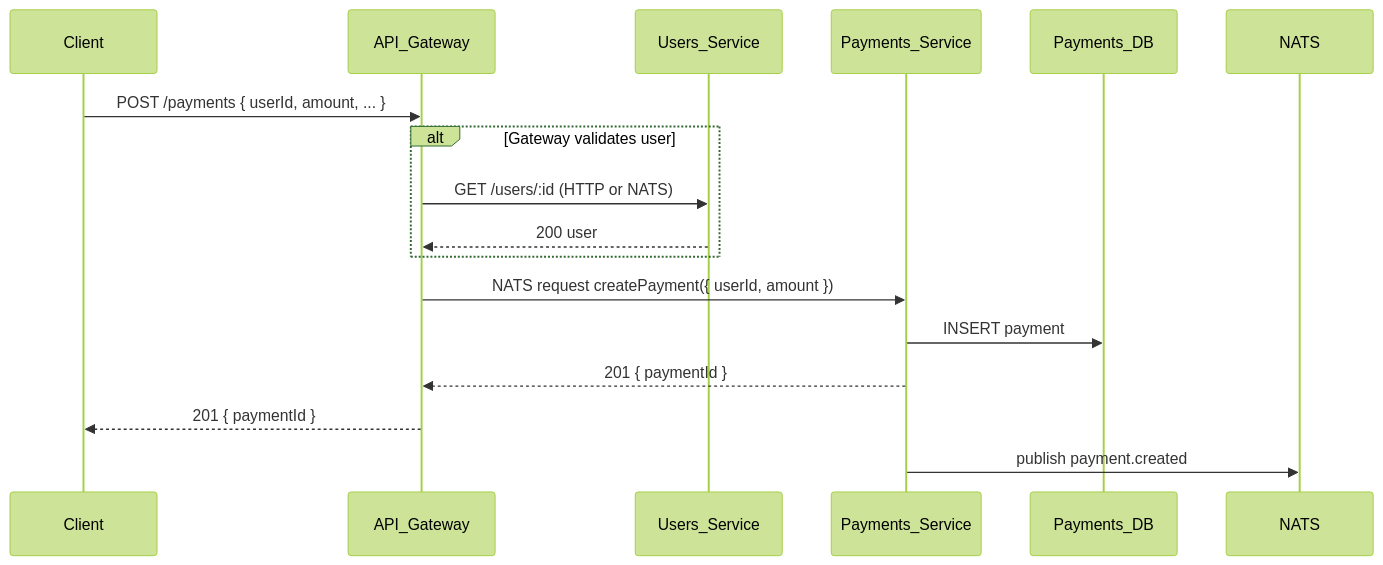
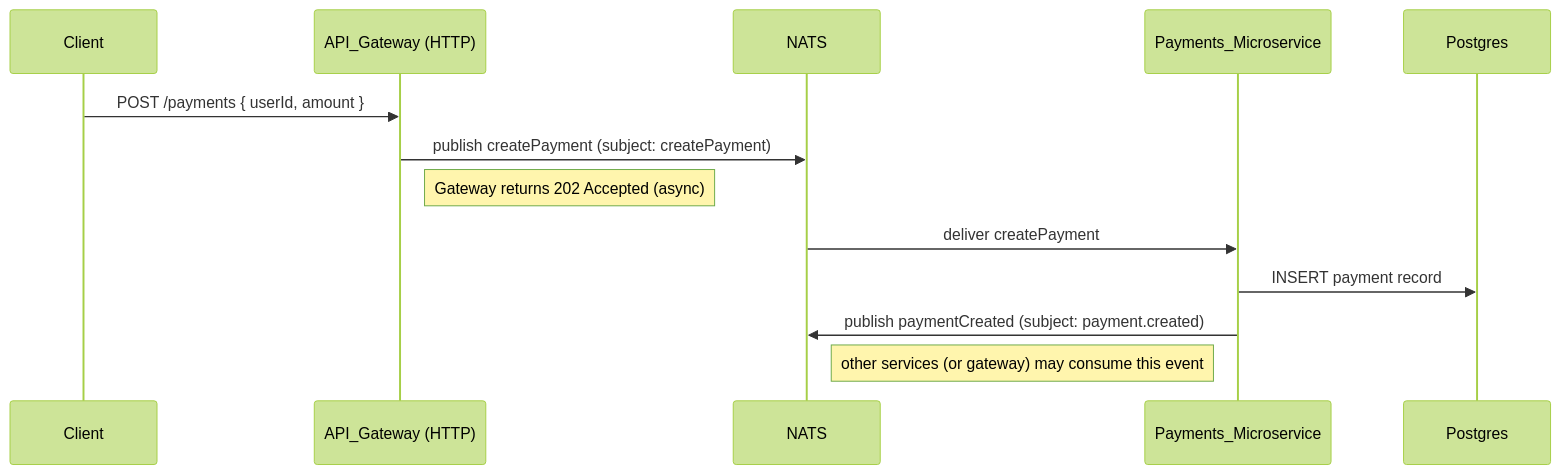
Before and after one commit to mrrmartin01/mkstore: the second of 2 diagrams in README.md, drawn with Mermaid (forest theme). The commit also changed other lines of this file, not shown here.

````diff
--- a/README.md
+++ b/README.md
@@ -47,19 +69,16 @@
 ```mermaid
 sequenceDiagram
   participant C as Client
-  participant G as API_Gateway
-  participant U as Users_Service
-  participant P as Payments_Service
-  participant DB as Payments_DB
+  participant G as API_Gateway (HTTP)
+  participant N as NATS
+  participant P as Payments_Microservice
+  participant DB as Postgres
 
-  C->>G: POST /payments { userId, amount, ... }
-  alt Gateway validates user
-    G->>U: GET /users/:id (HTTP or NATS)
-    U-->>G: 200 user
-  end
-  G->>P: NATS request createPayment({ userId, amount })
-  P->>DB: INSERT payment
-  P-->>G: 201 { paymentId }
-  G-->>C: 201 { paymentId }
-  P->>NATS: publish payment.created
+  C->>G: POST /payments { userId, amount }
+  G->>N: publish createPayment (subject: createPayment)
+  Note right of G: Gateway returns 202 Accepted (async)
+  N->>P: deliver createPayment
+  P->>DB: INSERT payment record
+  P->>N: publish paymentCreated (subject: payment.created)
+  Note left of P: other services (or gateway) may consume this event
 ```
````
